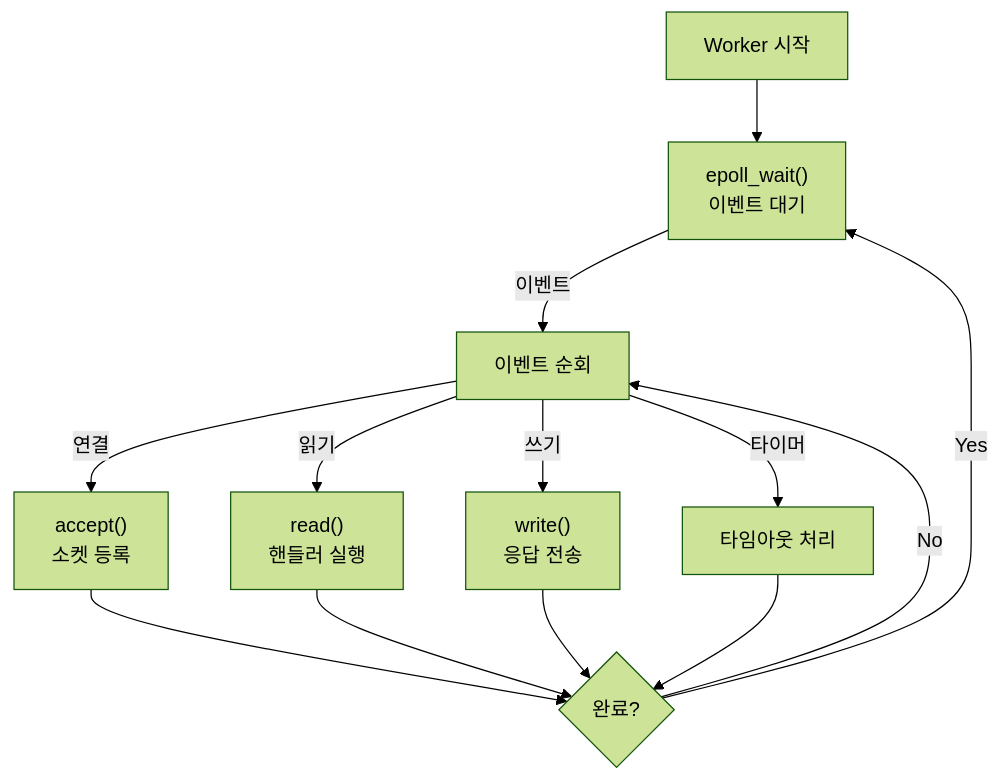
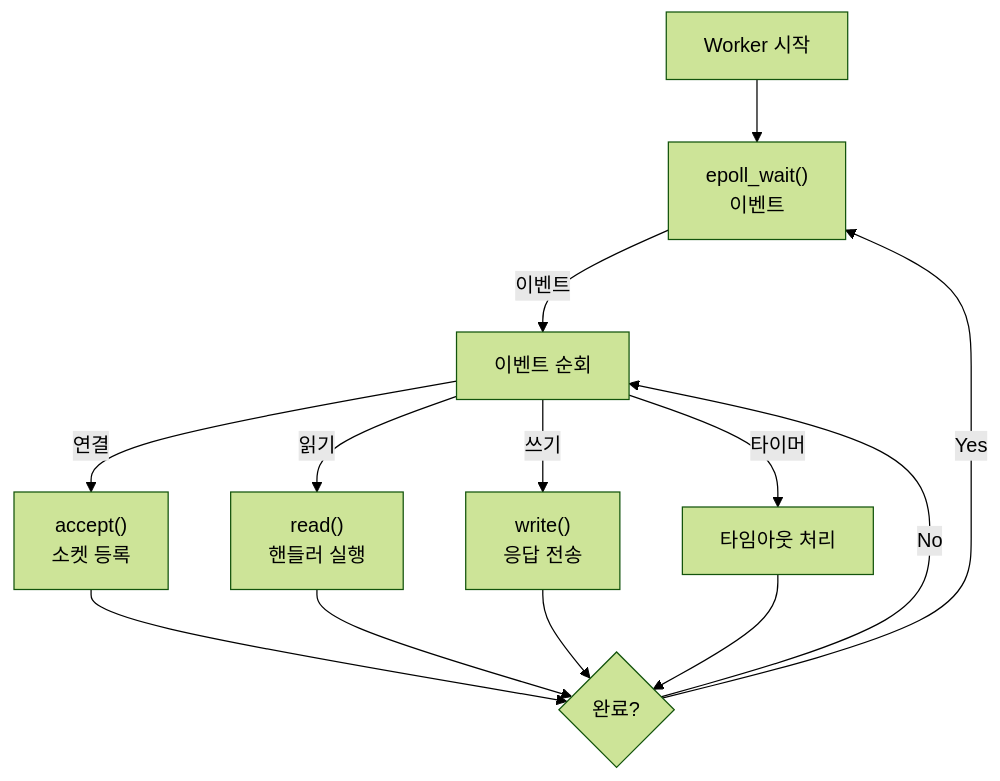
One commit to yjkim2015/yjkim2015.github.io changed the fifth of 18 diagrams in _posts/server/2026-05-01-nginx.md. Above: the diagram before and after it, drawn with Mermaid (forest theme). The commit also changed other lines of this file and 271 other files, not shown here.

First line of the commit message:
Mermaid 라벨 축소: 긴 노드 텍스트 18자 이하로 트림 + \n 제거

````diff
--- a/_posts/server/2026-05-01-nginx.md
+++ b/_posts/server/2026-05-01-nginx.md
@@ -130,12 +130,12 @@
 ```mermaid
 graph TD
-    A["Worker 시작"] --> B["epoll_wait()\n이벤트 대기"]
+    A["Worker 시작"] --> B["epoll_wait()\n이벤트"]
     B -->|"이벤트"| C["이벤트 순회"]
     C -->|"연결"| D["accept()\n소켓 등록"]
     C -->|"읽기"| E["read()\n핸들러 실행"]
     C -->|"쓰기"| F["write()\n응답 전송"]
     C -->|"타이머"| G["타임아웃 처리"]
     D & E & F & G --> H{"완료?"}
     H -->|"No"| C
     H -->|"Yes"| B
 ```
````
